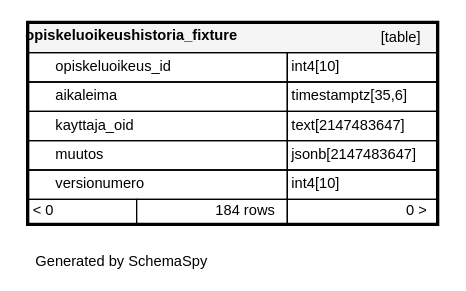
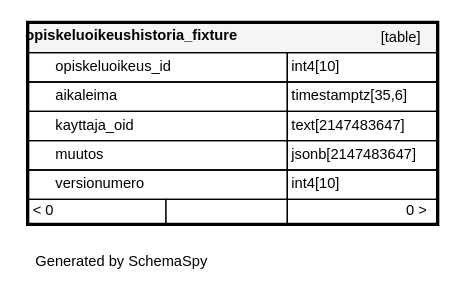
Before and after one commit to Opetushallitus/koski: the diagram in documentation/tietokantaskeemat/koski/diagrams/tables/opiskeluoikeushistoria_fixture.1degree.dot, drawn with Graphviz. The commit also changed 100 other files, not shown here.

```diff
--- a/documentation/tietokantaskeemat/koski/diagrams/tables/opiskeluoikeushistoria_fixture.1degree.dot
+++ b/documentation/tietokantaskeemat/koski/diagrams/tables/opiskeluoikeushistoria_fixture.1degree.dot
@@ -1,18 +1,18 @@
 digraph "oneDegreeRelationshipsDiagram" {
   graph [    rankdir="RL"    bgcolor="#ffffff"    label="\nGenerated by SchemaSpy"    labeljust="l"    nodesep="0.18"    ranksep="0.46"    fontname="Helvetica"    fontsize="11"    ration="compress"  ];  node [    fontname="Helvetica"    fontsize="11"    shape="plaintext"  ];  edge [    arrowsize="0.8"  ];
   "opiskeluoikeushistoria_fixture" [
    label=<
     <TABLE BORDER="2" CELLBORDER="1" CELLSPACING="0" BGCOLOR="#ffffff">
       <TR><TD COLSPAN="4"  BGCOLOR="#f5f5f5"><TABLE BORDER="0" CELLSPACING="0"><TR><TD ALIGN="LEFT" FIXEDSIZE="TRUE" WIDTH="173" HEIGHT="16"><B>opiskeluoikeushistoria_fixture</B></TD><TD ALIGN="RIGHT">[table]</TD></TR></TABLE></TD></TR>
       <TR><TD PORT="opiskeluoikeus_id" COLSPAN="2" ALIGN="LEFT"><TABLE BORDER="0" CELLSPACING="0" ALIGN="LEFT"><TR ALIGN="LEFT"><TD ALIGN="LEFT" FIXEDSIZE="TRUE" WIDTH="15" HEIGHT="16"></TD><TD ALIGN="LEFT" FIXEDSIZE="TRUE" WIDTH="173" HEIGHT="16">opiskeluoikeus_id</TD></TR></TABLE></TD><TD PORT="opiskeluoikeus_id.type" ALIGN="LEFT">int4[10]</TD></TR>
       <TR><TD PORT="aikaleima" COLSPAN="2" ALIGN="LEFT"><TABLE BORDER="0" CELLSPACING="0" ALIGN="LEFT"><TR ALIGN="LEFT"><TD ALIGN="LEFT" FIXEDSIZE="TRUE" WIDTH="15" HEIGHT="16"></TD><TD ALIGN="LEFT" FIXEDSIZE="TRUE" WIDTH="173" HEIGHT="16">aikaleima</TD></TR></TABLE></TD><TD PORT="aikaleima.type" ALIGN="LEFT">timestamptz[35,6]</TD></TR>
       <TR><TD PORT="kayttaja_oid" COLSPAN="2" ALIGN="LEFT"><TABLE BORDER="0" CELLSPACING="0" ALIGN="LEFT"><TR ALIGN="LEFT"><TD ALIGN="LEFT" FIXEDSIZE="TRUE" WIDTH="15" HEIGHT="16"></TD><TD ALIGN="LEFT" FIXEDSIZE="TRUE" WIDTH="173" HEIGHT="16">kayttaja_oid</TD></TR></TABLE></TD><TD PORT="kayttaja_oid.type" ALIGN="LEFT">text[2147483647]</TD></TR>
       <TR><TD PORT="muutos" COLSPAN="2" ALIGN="LEFT"><TABLE BORDER="0" CELLSPACING="0" ALIGN="LEFT"><TR ALIGN="LEFT"><TD ALIGN="LEFT" FIXEDSIZE="TRUE" WIDTH="15" HEIGHT="16"></TD><TD ALIGN="LEFT" FIXEDSIZE="TRUE" WIDTH="173" HEIGHT="16">muutos</TD></TR></TABLE></TD><TD PORT="muutos.type" ALIGN="LEFT">jsonb[2147483647]</TD></TR>
       <TR><TD PORT="versionumero" COLSPAN="2" ALIGN="LEFT"><TABLE BORDER="0" CELLSPACING="0" ALIGN="LEFT"><TR ALIGN="LEFT"><TD ALIGN="LEFT" FIXEDSIZE="TRUE" WIDTH="15" HEIGHT="16"></TD><TD ALIGN="LEFT" FIXEDSIZE="TRUE" WIDTH="173" HEIGHT="16">versionumero</TD></TR></TABLE></TD><TD PORT="versionumero.type" ALIGN="LEFT">int4[10]</TD></TR>
-      <TR><TD ALIGN="LEFT" BGCOLOR="#ffffff">&lt; 0</TD><TD ALIGN="RIGHT" BGCOLOR="#ffffff">184 rows</TD><TD ALIGN="RIGHT" BGCOLOR="#ffffff">0 &gt;</TD></TR>
+      <TR><TD ALIGN="LEFT" BGCOLOR="#ffffff">&lt; 0</TD><TD ALIGN="RIGHT" BGCOLOR="#ffffff">  </TD><TD ALIGN="RIGHT" BGCOLOR="#ffffff">0 &gt;</TD></TR>
     </TABLE>>
     URL="../../tables/opiskeluoikeushistoria_fixture.html"
     target="_top"
     tooltip="opiskeluoikeushistoria_fixture"
   ];
 }
```
